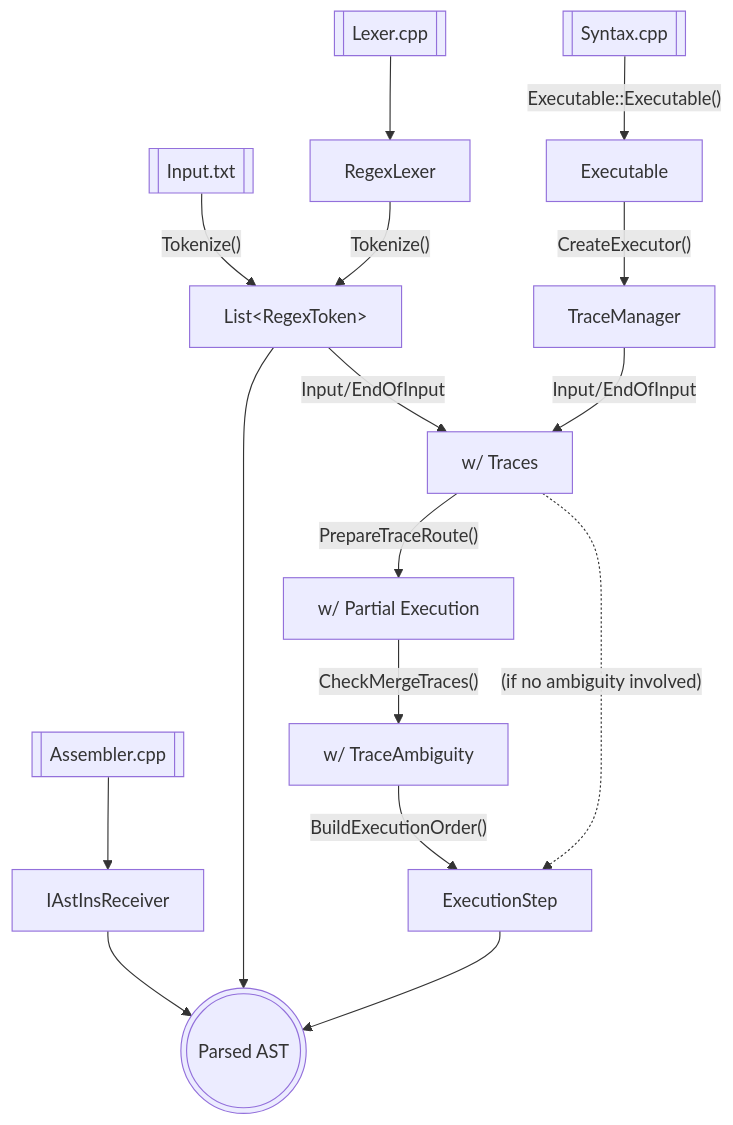
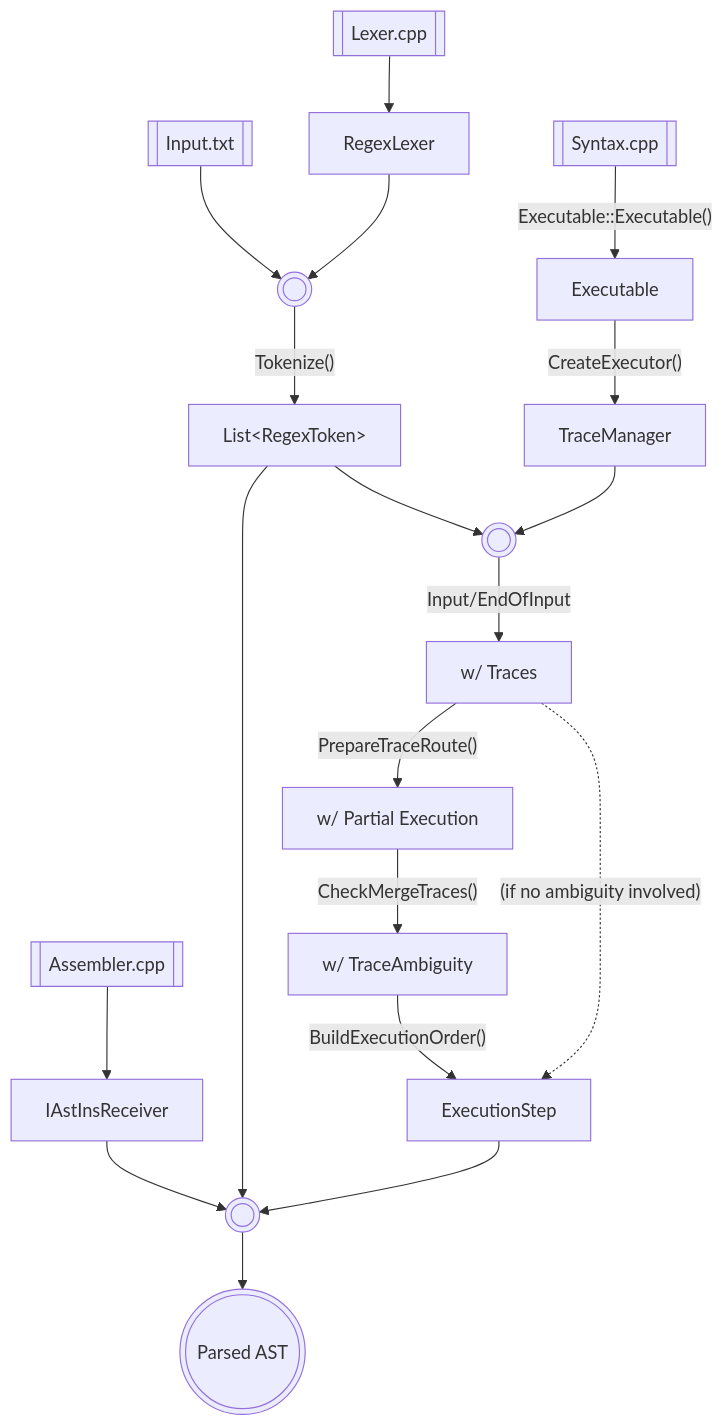
One commit to vczh-websites/vczh changed diagram 29 of 29 in Blog/GLR-Refactoring/Mermaid.md. Above: the diagram before and after it, drawn with Mermaid. The commit also changed other lines of this file, not shown here.

````diff
--- a/Blog/GLR-Refactoring/Mermaid.md
+++ b/Blog/GLR-Refactoring/Mermaid.md
@@ -675,14 +675,14 @@
 ```mermaid
 graph TD
   LEXER_GEN_FILE_2[["Lexer.cpp"]] --> LEXER[RegexLexer]
-  INPUT[[Input.txt]] & LEXER -- Tokenize() --> TOKENS[List#lt;RegexToken#gt;]
+  INPUT[[Input.txt]] & LEXER --> UNION_3((( ))) -- Tokenize() --> TOKENS[List#lt;RegexToken#gt;]
   SYNTAX_GEN_FILE_2[["Syntax.cpp"]] -- Executable::Executable() --> EXECUTABLE[Executable]
   EXECUTABLE -- CreateExecutor() --> TRACE_MGR[TraceManager]
-  TOKENS & TRACE_MGR -- Input/EndOfInput --> TRACE_MGR2[w/ Traces]
+  TOKENS & TRACE_MGR --> UNION_4((( ))) -- Input/EndOfInput --> TRACE_MGR2[w/ Traces]
   TRACE_MGR2 -- PrepareTraceRoute() --> TRACE_MGR3[w/ Partial Execution]
   TRACE_MGR3 -- CheckMergeTraces() --> TRACE_MGR4[w/ TraceAmbiguity]
   TRACE_MGR4 -- BuildExecutionOrder() --> STEPS[ExecutionStep]
   TRACE_MGR2 -. (if no ambiguity involved) .-> STEPS
   AST_GEN_FILE_2[["Assembler.cpp"]] --> RECEIVER[IAstInsReceiver]
-  RECEIVER & TOKENS & STEPS --> AST(((Parsed AST)))
+  RECEIVER & TOKENS & STEPS --> UNION_5((( ))) --> AST(((Parsed AST)))
 ```
````
